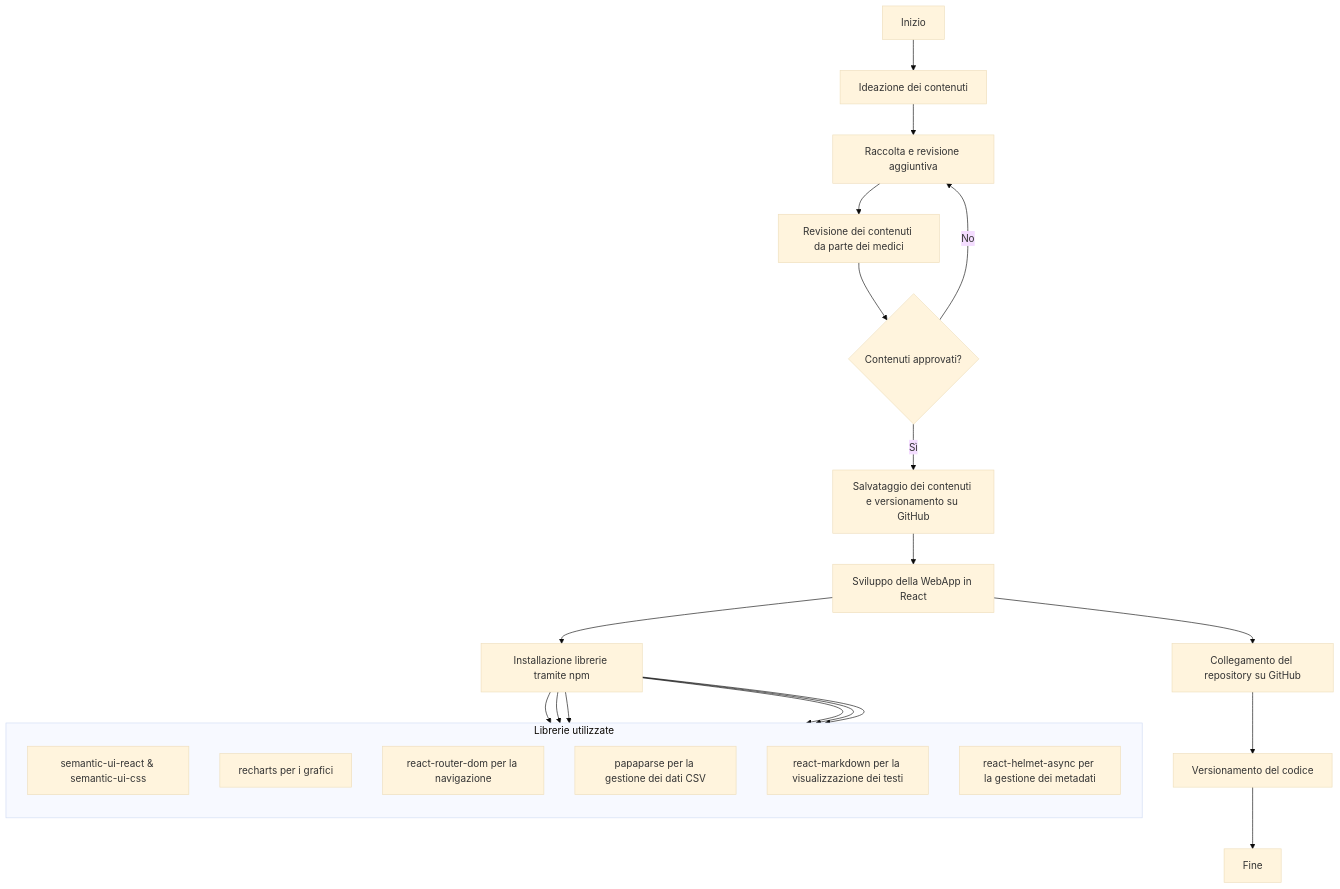
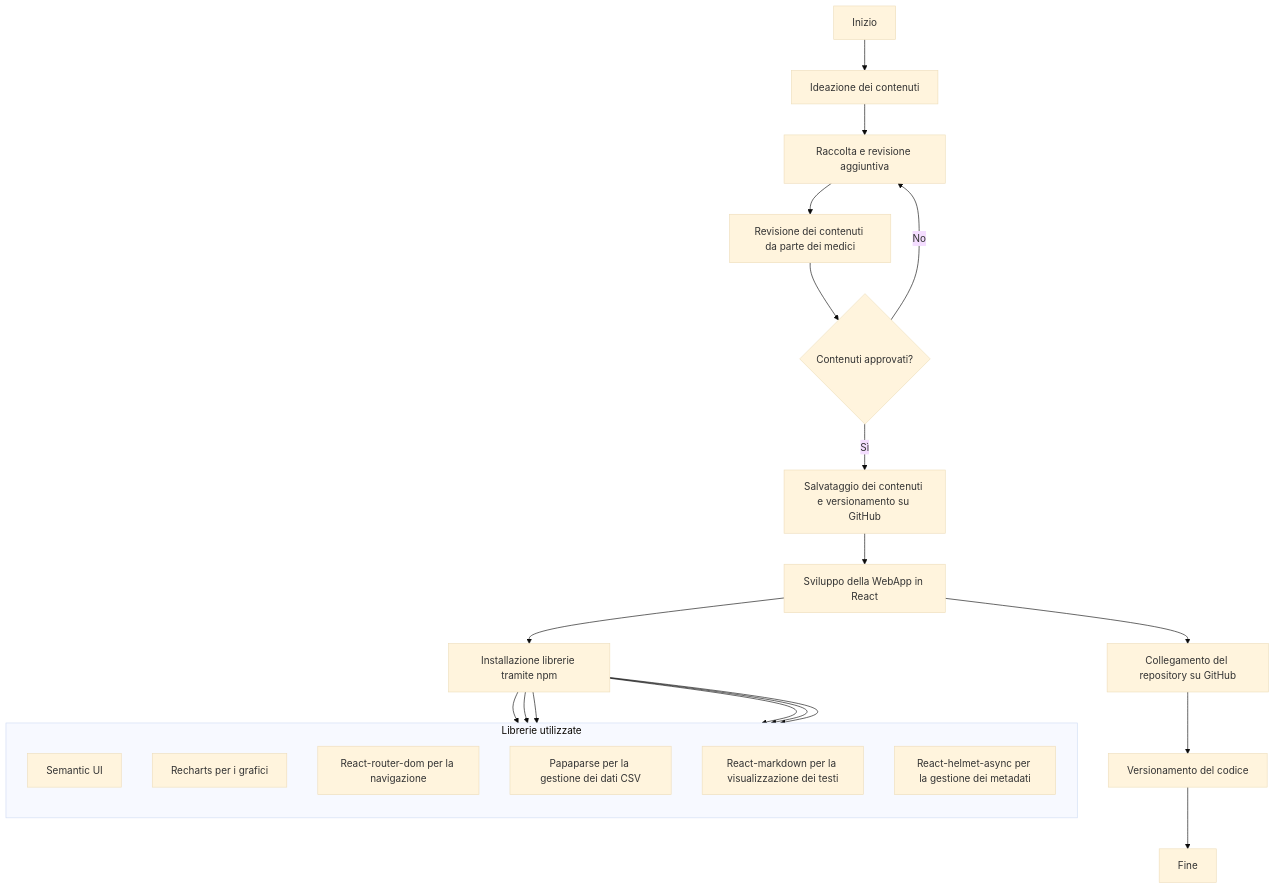
One commit to mauritiuss/health-dashboard changed the diagram in relazione esame/RelazioneProgettoEsame.md. Above: the diagram before and after it, drawn with Mermaid (base theme). The commit also changed other lines of this file and 2 other files, not shown here.

````diff
--- a/relazione esame/RelazioneProgettoEsame.md
+++ b/relazione esame/RelazioneProgettoEsame.md
@@ -134,34 +134,34 @@
 ```mermaid
 graph TD
     A[Inizio] --> B[Ideazione dei contenuti]
     B --> C[Acquisizione automatica dei contenuti con GPT-4]
     C --> D[Revisione dei contenuti da parte dei medici]
 
     E{Contenuti approvati?}
     D --> E
     E -->|Sì| F[Salvataggio dei contenuti e versionamento su GitHub]
     E -->|No| C[Raccolta e revisione aggiuntiva]
 
     F --> G[Sviluppo della WebApp in React]
     G --> H[Installazione librerie tramite npm]
 
     subgraph Librerie utilizzate
         direction TB
-        I1[semantic-ui-react & semantic-ui-css]
-        I2[recharts per i grafici]
-        I3[react-router-dom per la navigazione]
-        I4[papaparse per la gestione dei dati CSV]
-        I5[react-markdown per la visualizzazione dei testi]
-        I6[react-helmet-async per la gestione dei metadati]
+        I1[Semantic UI]
+        I2[Recharts per i grafici]
+        I3[React-router-dom per la navigazione]
+        I4[Papaparse per la gestione dei dati CSV]
+        I5[React-markdown per la visualizzazione dei testi]
+        I6[React-helmet-async per la gestione dei metadati]
     end
     H --> I1
     H --> I2
     H --> I3
     H --> I4
     H --> I5
     H --> I6
 
     G --> J[Collegamento del repository su GitHub]
     J --> K[Versionamento del codice]
     K --> L[Fine]
 ```
````
